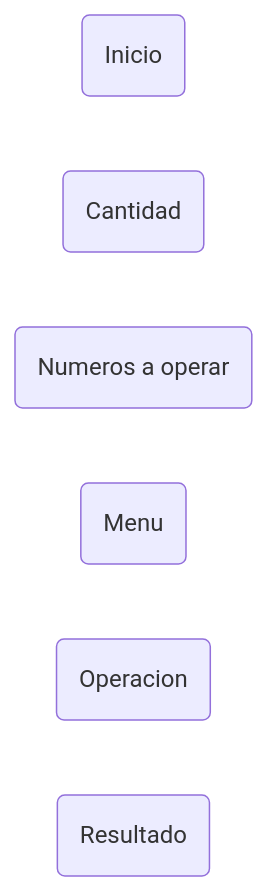
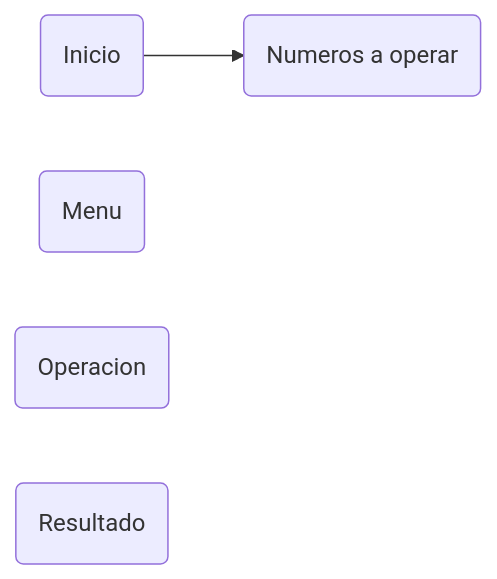
One commit to elprofedotti/IITA-Clase02 changed the diagram in Readme.md. Above: the diagram before and after it, drawn with Mermaid.

````diff
--- a/Readme.md
+++ b/Readme.md
@@ -8,9 +8,9 @@
 ```mermaid
 graph LR
   I(Inicio)
-  C(Cantidad)
   N(Numeros a operar)
   M(Menu)
   O(Operacion)
   R(Resultado)
+  I-->N
 ```
````
